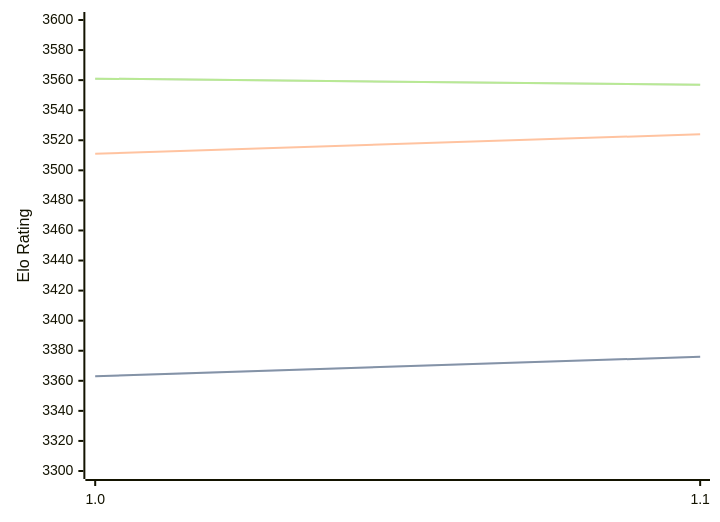
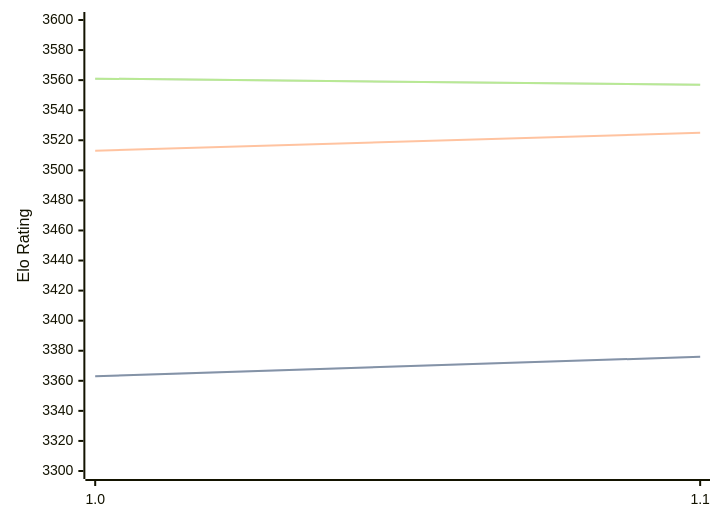
Before and after one commit to computer-chess-index/cci: the diagram in engines/Horsie.md, drawn with Mermaid. The commit also changed other lines of this file, not shown here.

````diff
--- a/engines/Horsie.md
+++ b/engines/Horsie.md
@@ -32,11 +32,11 @@
 ```mermaid
 %%{init: {"theme":"base","themeVariables":{"seriesColors:['#a3a3a3','#222221','#faa371']}}}%%
 xychart-beta
   x-axis ["1.0", "1.1"]
   y-axis "Elo Rating" 3300 --> 3600
   line "STC (8.0+0.08s)" [3363, 3376]
   line "STC (8.0+0.08s)" [3363, 3376]
-  line "LTC (60.0+0.60s)" [3511, 3524]
+  line "LTC (60.0+0.60s)" [3513, 3525]
   line "VLTC (2m24s+1.12s)" [3561, 3557]
   line "VLTC (2m24s+1.12s)" [3561, 3557]
 ```
````
